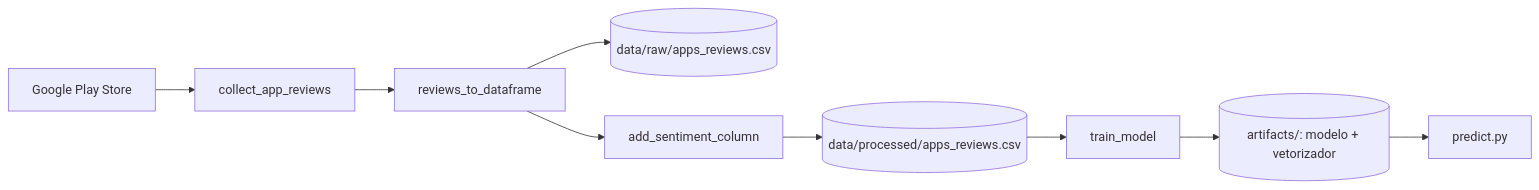
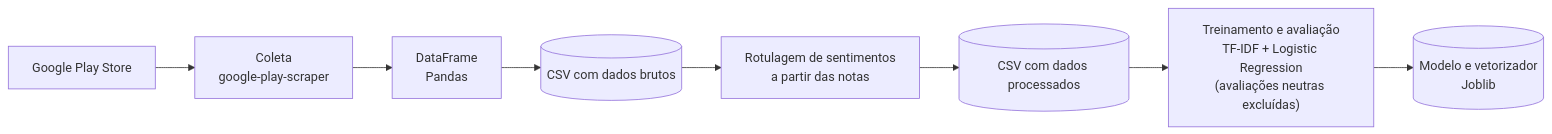
One commit to Miguellsouza/DeliveryLens-AI changed the first of 2 diagrams in README.md. Above: the diagram before and after it, drawn with Mermaid. The commit also changed other lines of this file, not shown here.

````diff
--- a/README.md
+++ b/README.md
@@ -75,11 +60,10 @@
 ```mermaid
 flowchart LR
-    A[Google Play Store] --> B[collect_app_reviews]
-    B --> C[reviews_to_dataframe]
-    C --> D[(data/raw/apps_reviews.csv)]
-    C --> E[add_sentiment_column]
-    E --> F[(data/processed/apps_reviews.csv)]
-    F --> G[train_model]
-    G --> H[(artifacts/: modelo + vetorizador)]
-    H --> I[predict.py]
+    A["Google Play Store"] --> B["Coleta<br/>google-play-scraper"]
+    B --> C["DataFrame<br/>Pandas"]
+    C --> D[("CSV com dados brutos")]
+    D --> E["Rotulagem de sentimentos<br/>a partir das notas"]
+    E --> F[("CSV com dados processados")]
+    F --> G["Treinamento e avaliação<br/>TF-IDF + Logistic Regression<br/>(avaliações neutras excluídas)"]
+    G --> H[("Modelo e vetorizador<br/>Joblib")]
 ```
````
